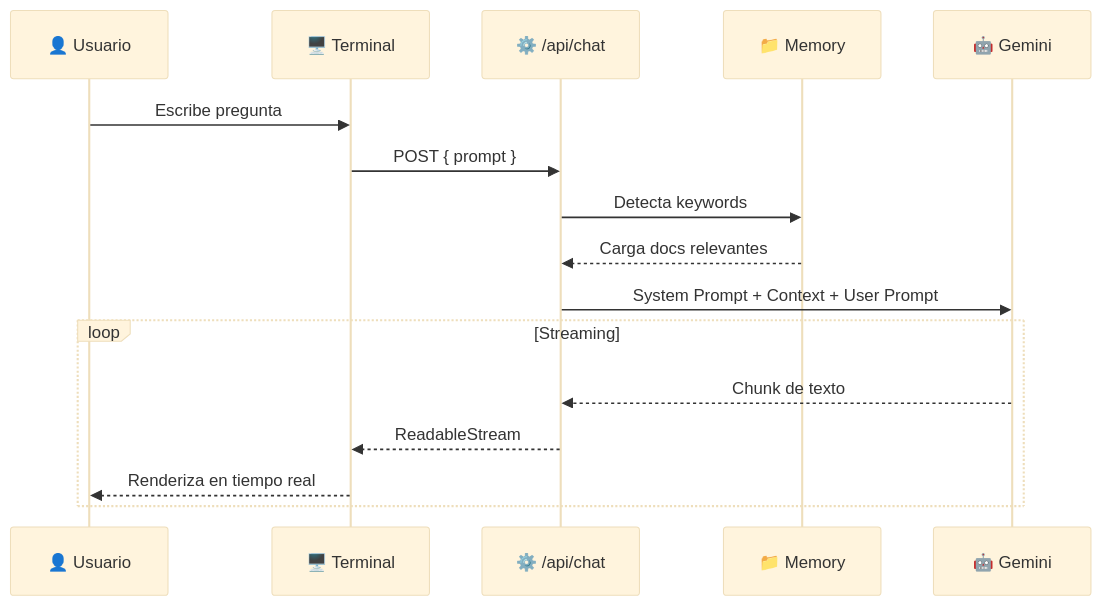
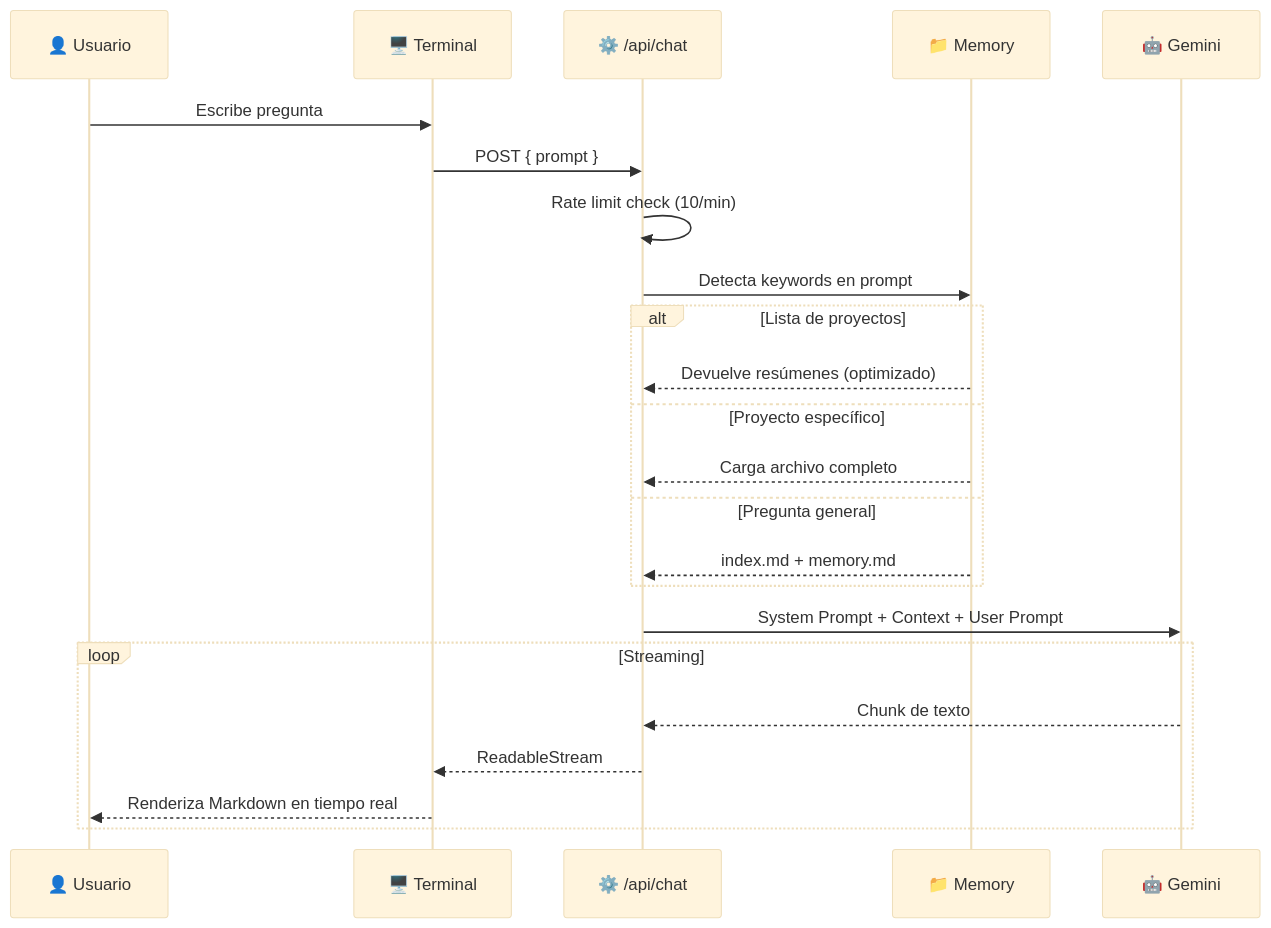
Before and after one commit to Brianleft28/brianleft-portfolio: the second of 3 diagrams in src/lib/docs/arquitectura.md, drawn with Mermaid (base theme). The commit also changed other lines of this file and 8 other files, not shown here.

Commit message:
Refactor file system structure and documentation; enhance dynamic project loading and memory management; update AI integration with Google Gemini 2.5; remove obsolete database schema and monorepo setup documents; improve terminal command handling and user interaction.

````diff
--- a/src/lib/docs/arquitectura.md
+++ b/src/lib/docs/arquitectura.md
@@ -39,20 +39,29 @@
 ```mermaid
 sequenceDiagram
     participant U as 👤 Usuario
     participant T as 🖥️ Terminal
     participant A as ⚙️ /api/chat
     participant M as 📁 Memory
     participant G as 🤖 Gemini
 
     U->>T: Escribe pregunta
     T->>A: POST { prompt }
-    A->>M: Detecta keywords
-    M-->>A: Carga docs relevantes
+    A->>A: Rate limit check (10/min)
+    A->>M: Detecta keywords en prompt
+    
+    alt Lista de proyectos
+        M-->>A: Devuelve resúmenes (optimizado)
+    else Proyecto específico
+        M-->>A: Carga archivo completo
+    else Pregunta general
+        M-->>A: index.md + memory.md
+    end
+    
     A->>G: System Prompt + Context + User Prompt
 
     loop Streaming
         G-->>A: Chunk de texto
         A-->>T: ReadableStream
-        T-->>U: Renderiza en tiempo real
+        T-->>U: Renderiza Markdown en tiempo real
     end
 ```
````
